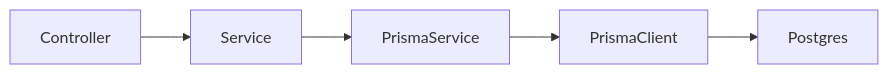
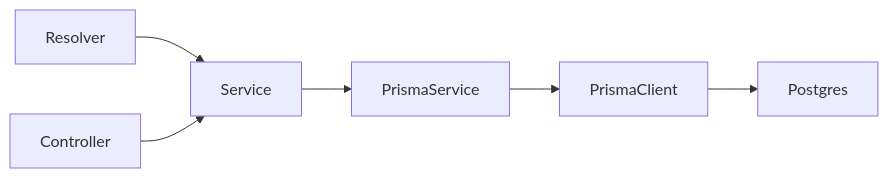
Before and after one commit to PatrykS-ORG/expenses-tracking-backend: the fourth of 4 diagrams in docs/architecture.md, drawn with Mermaid. The commit also changed other lines of this file and 33 other files, not shown here.

````diff
--- a/docs/architecture.md
+++ b/docs/architecture.md
@@ -106,7 +130,8 @@
 ```mermaid
 flowchart LR
+  Resolver --> Service
   Controller --> Service
   Service --> PrismaService
   PrismaService --> PrismaClient
   PrismaClient --> Postgres
 ```
````
